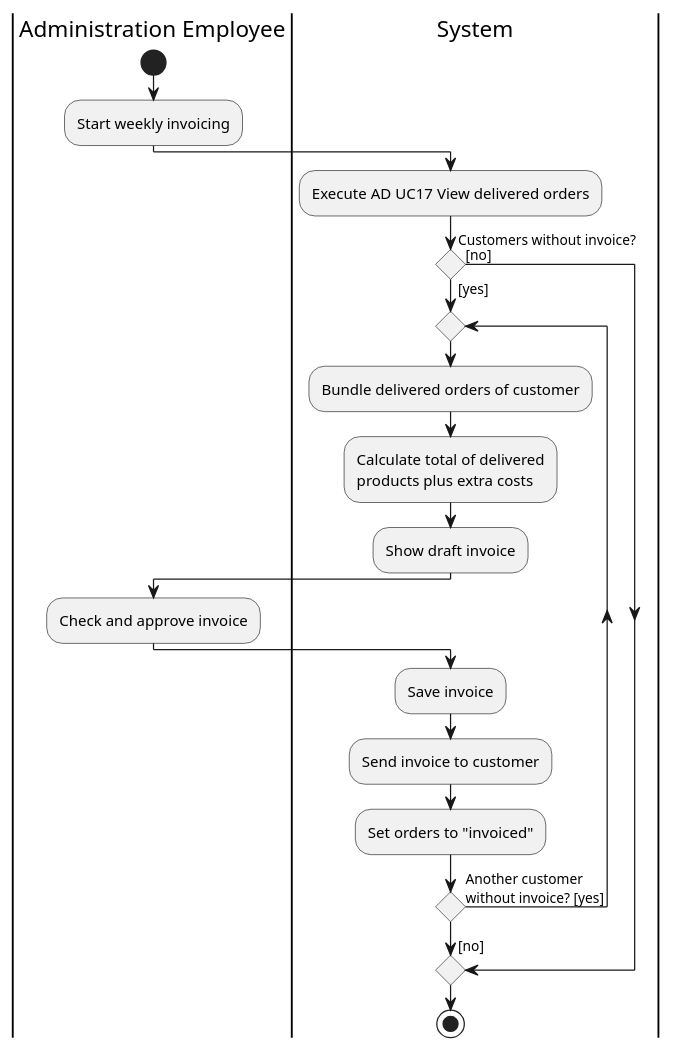
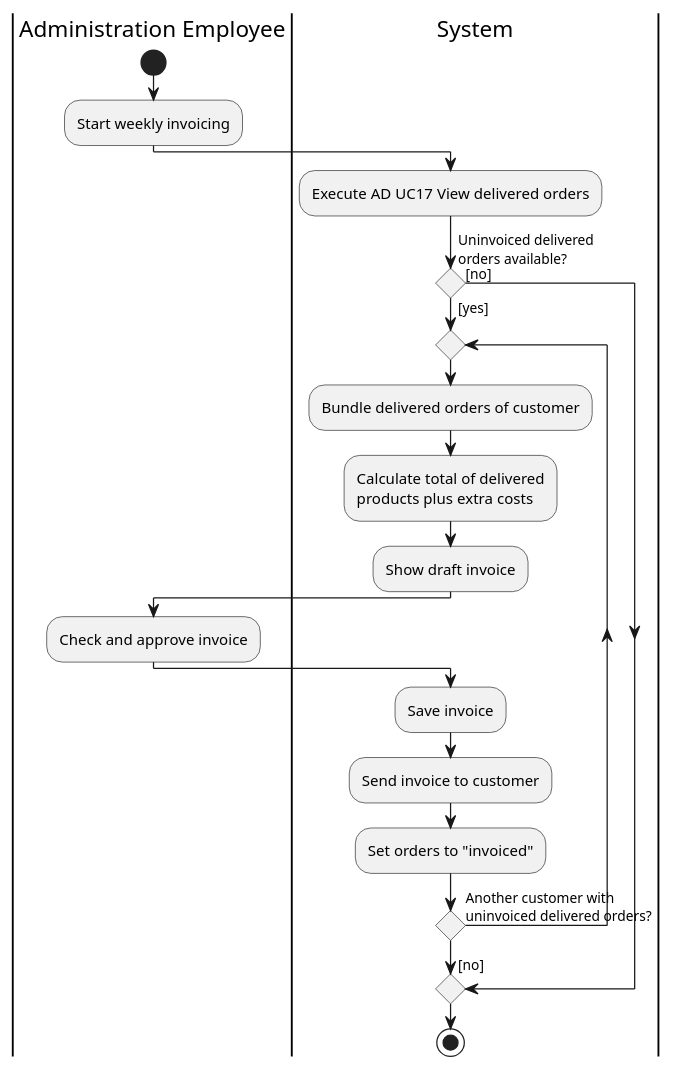
The diagram in Documentation/Architecture/uml/src/activity_diagrams/AD16_Create_invoice.puml (ViktorQorri/Project-Timaflu), drawn with PlantUML before and after one commit. The commit also changed 3 other files, not shown here.

Commit message:
Enhance activity diagrams for customer management, payment registration, and invoicing processes

```diff
--- a/Documentation/Architecture/uml/src/activity_diagrams/AD16_Create_invoice.puml
+++ b/Documentation/Architecture/uml/src/activity_diagrams/AD16_Create_invoice.puml
@@ -1,26 +1,26 @@
 @startuml
 skinparam conditionStyle diamond
 skinparam ConditionEndStyle diamond
 skinparam ActivityDiamondFontSize 11
 |Administration Employee|
 start
 :Start weekly invoicing;
 |System|
 :Execute AD UC17 View delivered orders;
-if (Customers without invoice?) then ([yes])
+if (Uninvoiced delivered\norders available?) then ([yes])
   repeat
     :Bundle delivered orders of customer;
     :Calculate total of delivered\nproducts plus extra costs;
     :Show draft invoice;
     |Administration Employee|
     :Check and approve invoice;
     |System|
     :Save invoice;
     :Send invoice to customer;
     :Set orders to "invoiced";
-  repeat while (Another customer\nwithout invoice? [yes]) is ([yes])
+  repeat while (Another customer with\nuninvoiced delivered orders?) is ([yes])
   ->[no];
 else ([no])
 endif
 stop
 @enduml
```
